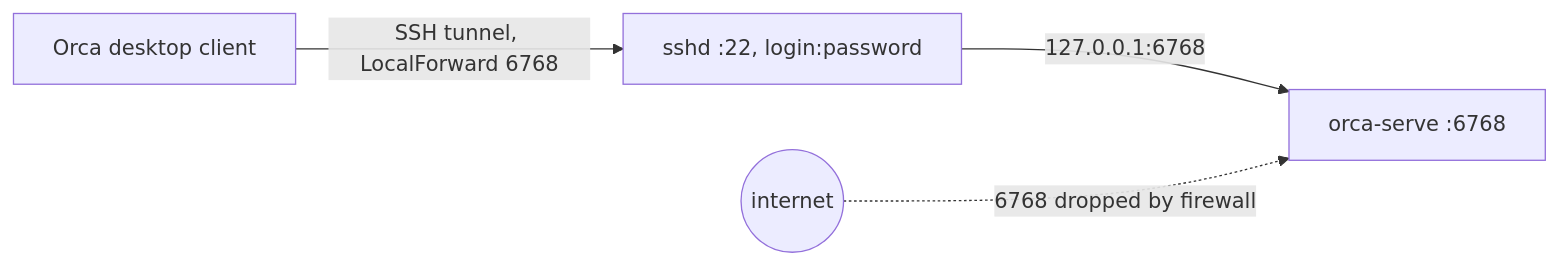
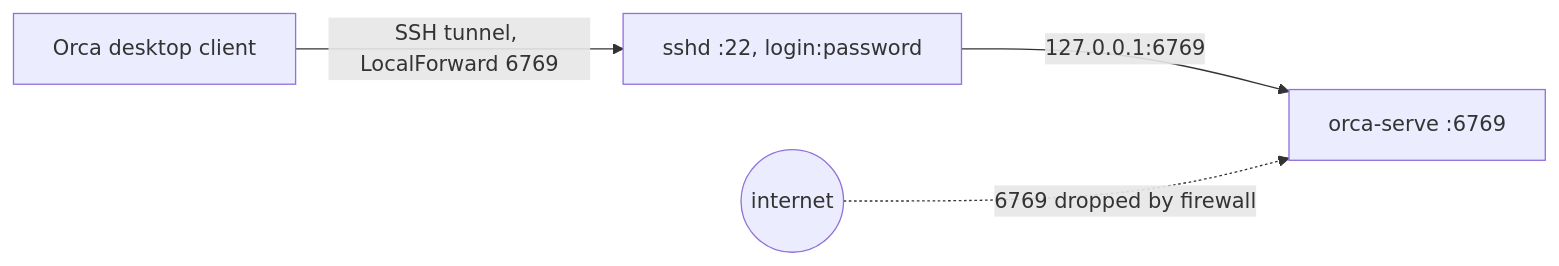
One commit to ade-sede/dotfiles changed the diagram in hosts/remote-devbox/orca.md. Above: the diagram before and after it, drawn with Mermaid. The commit also changed other lines of this file and 2 other files, not shown here.

First line of the commit message:
Move Orca server to port 6769

````diff
--- a/hosts/remote-devbox/orca.md
+++ b/hosts/remote-devbox/orca.md
@@ -22,6 +22,6 @@
 ```mermaid
 flowchart LR
-  laptop[Orca desktop client] -- "SSH tunnel, LocalForward 6768" --> sshd[sshd :22, login:password]
-  sshd -- "127.0.0.1:6768" --> orcad[orca-serve :6768]
-  internet((internet)) -. "6768 dropped by firewall" .-> orcad
+  laptop[Orca desktop client] -- "SSH tunnel, LocalForward 6769" --> sshd[sshd :22, login:password]
+  sshd -- "127.0.0.1:6769" --> orcad[orca-serve :6769]
+  internet((internet)) -. "6769 dropped by firewall" .-> orcad
 ```
````
